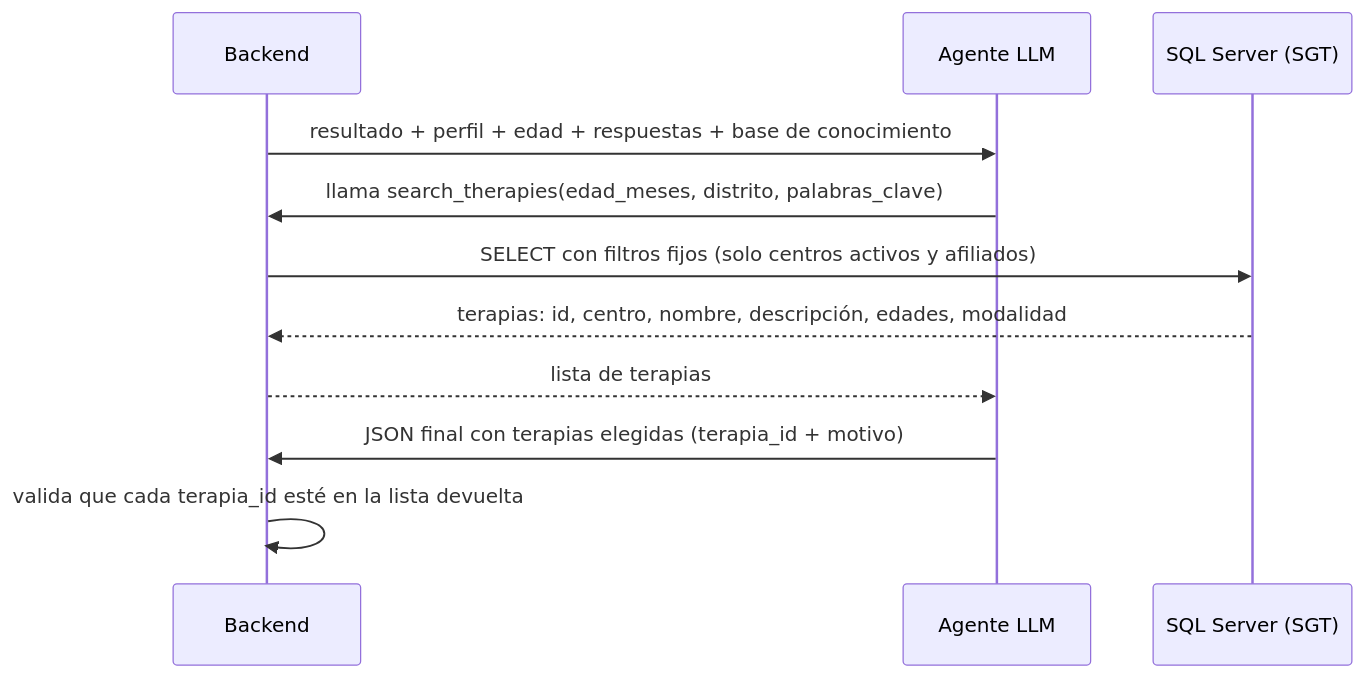
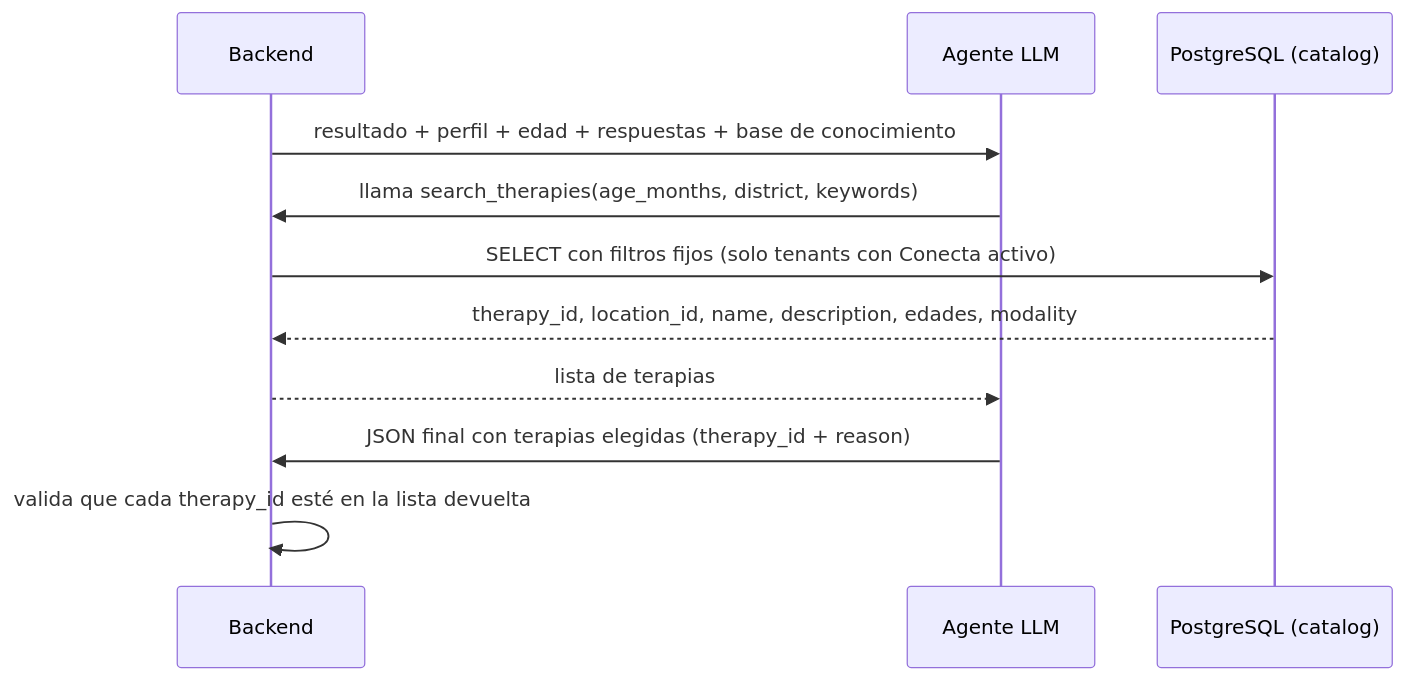
The second of 2 diagrams in docs/consideraciones_app_tamizaje.md (ErnestoSCL/neuroa-modelo-tamizaje), drawn with Mermaid before and after one commit. The commit also changed other lines of this file, not shown here.

First line of the commit message:
Consideraciones: campos JSON, herramienta del agente y tablas en inglés

````diff
--- a/docs/consideraciones_app_tamizaje.md
+++ b/docs/consideraciones_app_tamizaje.md
@@ -432,13 +436,13 @@
 ```mermaid
 sequenceDiagram
     participant API as Backend
     participant LLM as Agente LLM
-    participant DB as SQL Server (SGT)
+    participant DB as PostgreSQL (catalog)
     API->>LLM: resultado + perfil + edad + respuestas + base de conocimiento
-    LLM->>API: llama search_therapies(edad_meses, distrito, palabras_clave)
-    API->>DB: SELECT con filtros fijos (solo centros activos y afiliados)
-    DB-->>API: terapias: id, centro, nombre, descripción, edades, modalidad
+    LLM->>API: llama search_therapies(age_months, district, keywords)
+    API->>DB: SELECT con filtros fijos (solo tenants con Conecta activo)
+    DB-->>API: therapy_id, location_id, name, description, edades, modality
     API-->>LLM: lista de terapias
-    LLM->>API: JSON final con terapias elegidas (terapia_id + motivo)
-    API->>API: valida que cada terapia_id esté en la lista devuelta
+    LLM->>API: JSON final con terapias elegidas (therapy_id + reason)
+    API->>API: valida que cada therapy_id esté en la lista devuelta
 ```
````
